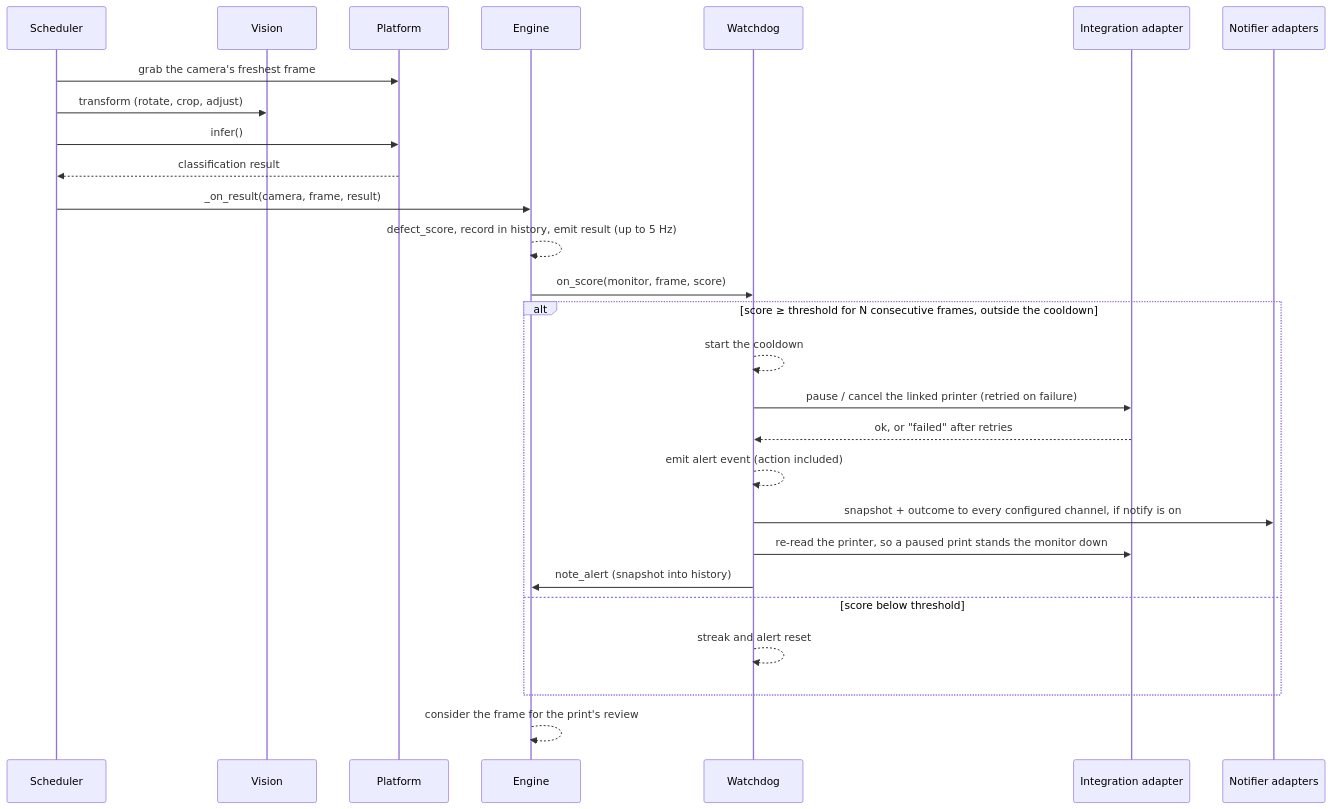
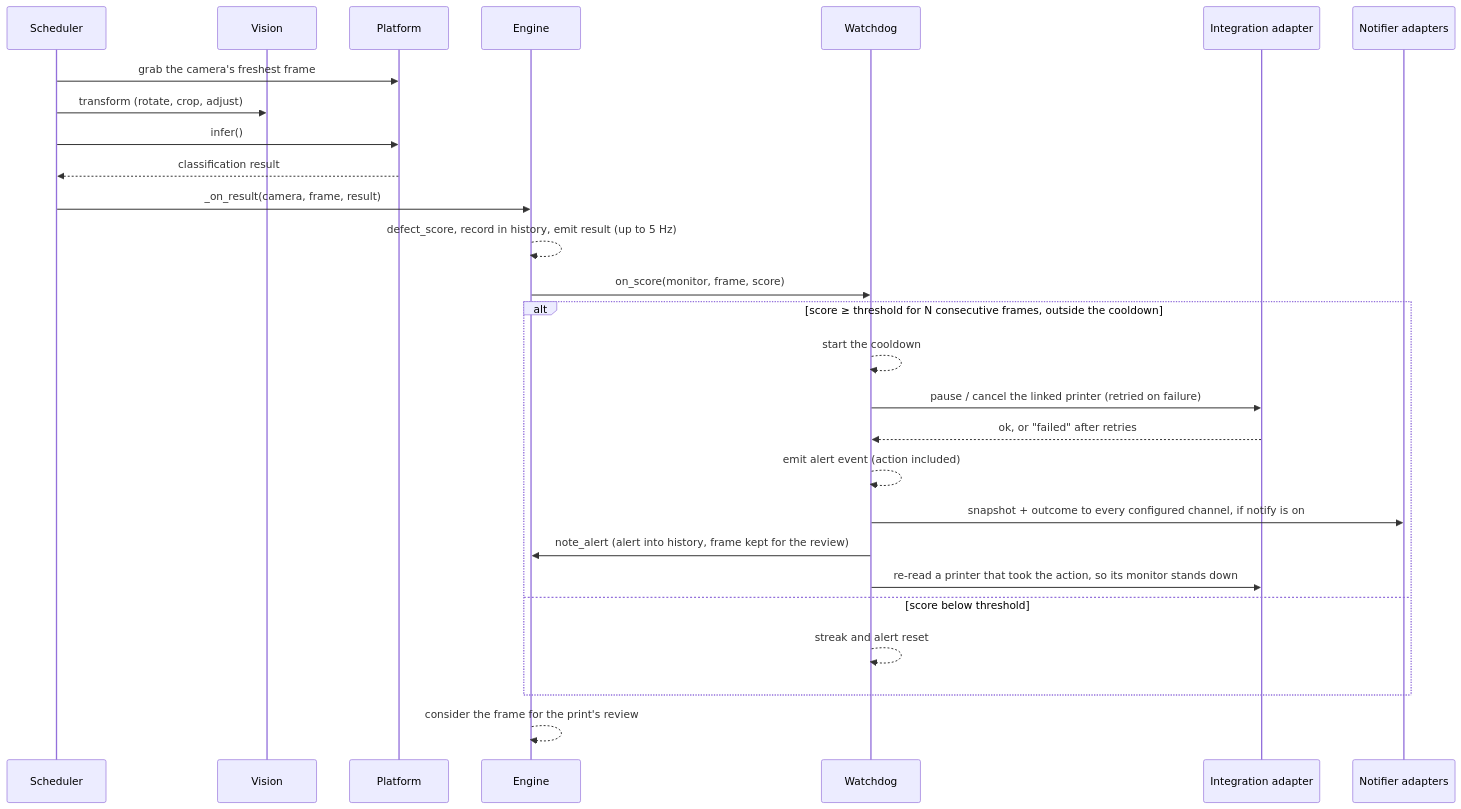
The third of 5 diagrams in docs/architecture.md (oliverbravery/PrintGuard), drawn with Mermaid before and after one commit. The commit also changed other lines of this file, not shown here.

Commit message:
Bring the architecture page up to the code: the alert order, the engine's timings, the update fields and the files it left out

````diff
--- a/docs/architecture.md
+++ b/docs/architecture.md
@@ -332,30 +343,30 @@
 ```mermaid
 sequenceDiagram
     participant S as Scheduler
     participant V as Vision
     participant P as Platform
     participant E as Engine
     participant W as Watchdog
     participant I as Integration adapter
     participant N as Notifier adapters
 
     S->>P: grab the camera's freshest frame
     S->>V: transform (rotate, crop, adjust)
     S->>P: infer()
     P-->>S: classification result
     S->>E: _on_result(camera, frame, result)
     E-->>E: defect_score, record in history, emit result (up to 5 Hz)
     E->>W: on_score(monitor, frame, score)
     alt score ≥ threshold for N consecutive frames, outside the cooldown
         W-->>W: start the cooldown
         W->>I: pause / cancel the linked printer (retried on failure)
         I-->>W: ok, or "failed" after retries
         W-->>W: emit alert event (action included)
         W->>N: snapshot + outcome to every configured channel, if notify is on
-        W->>I: re-read the printer, so a paused print stands the monitor down
-        W->>E: note_alert (snapshot into history)
+        W->>E: note_alert (alert into history, frame kept for the review)
+        W->>I: re-read a printer that took the action, so its monitor stands down
     else score below threshold
         W-->>W: streak and alert reset
     end
     E-->>E: consider the frame for the print's review
 ```
````
